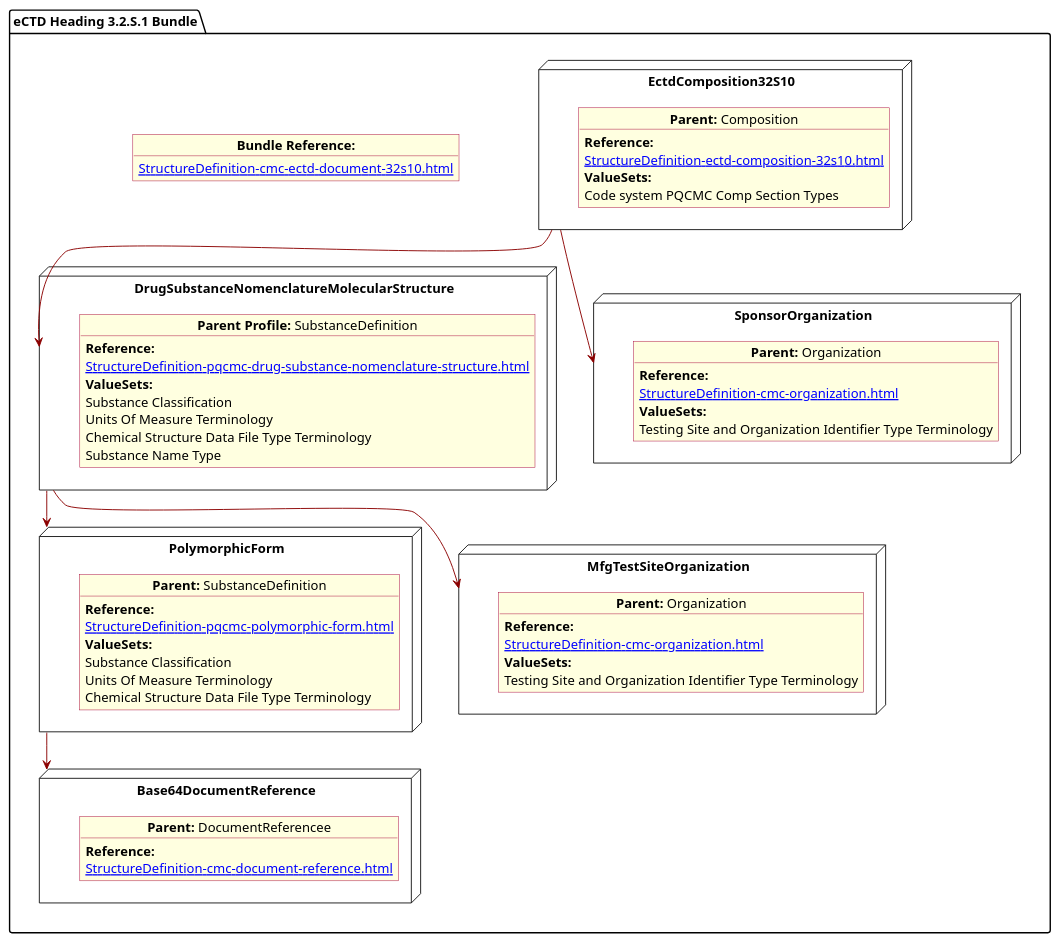
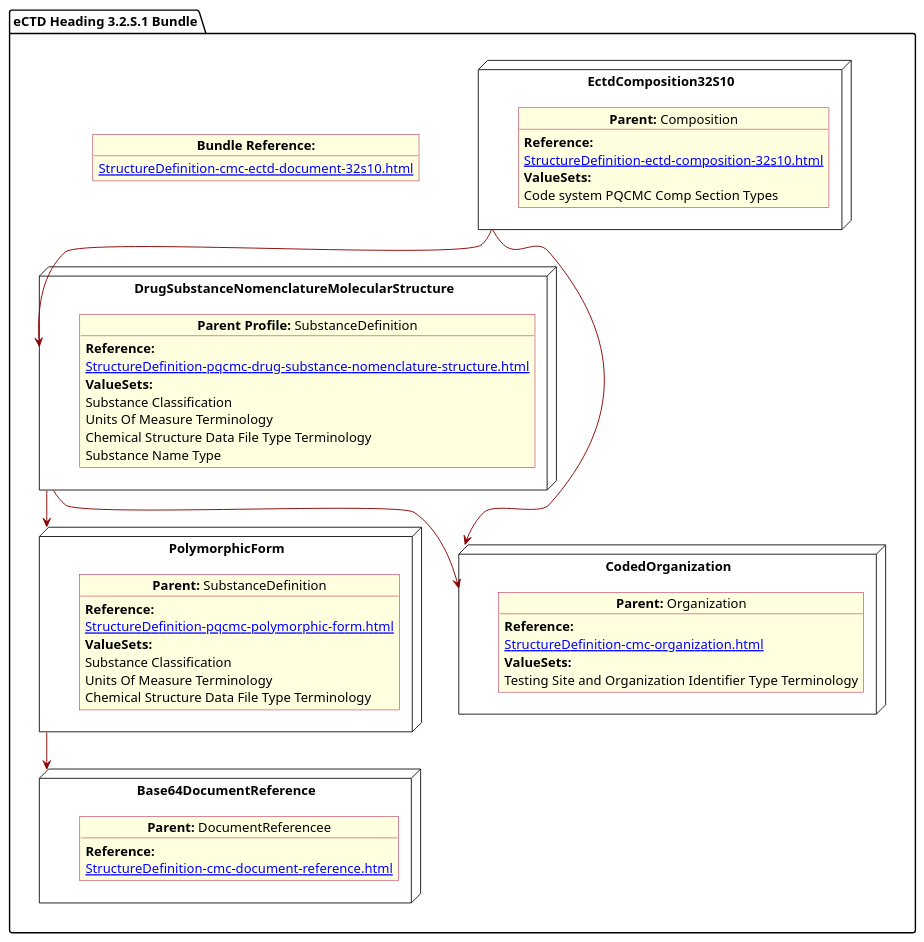
Before and after one commit to HL7/FHIR-us-pq-cmc-fda: the diagram in input/images-source/SubstanceGeneral.plantuml, drawn with PlantUML. The commit also changed 33 other files, not shown here.

```diff
--- a/input/images-source/SubstanceGeneral.plantuml
+++ b/input/images-source/SubstanceGeneral.plantuml
@@ -1,83 +1,74 @@
 @startuml SubstanceGeneral
 allowmixing
 'Mixed model of use case and object
 skinparam svgDimensionStyle false
 skinparam ObjectBackgroundColor LightYellow
 skinparam ObjectBorderColor #A80036
 skinparam activityDiamondBorderColor #A80036
 skinparam activityDiamondBackgroundColor lawnGreen
 skinparam ClassBorderThickness 4
 
 package "eCTD Heading 3.2.S.1 Bundle" as NODES {
   object "**Bundle Reference:**" as objbun {
     [[StructureDefinition-cmc-ectd-document-32s10.html]]
   }
 
   node "DrugSubstanceNomenclatureMolecularStructure" as NN {
 
     object "**Parent Profile:** SubstanceDefinition" as obj3 {
       **Reference:**
       [[StructureDefinition-pqcmc-drug-substance-nomenclature-structure.html]]
       **ValueSets:**
       Substance Classification
       Units Of Measure Terminology
       Chemical Structure Data File Type Terminology
       Substance Name Type
     }
   }
 
   node "Base64DocumentReference" as NB64 {
 
     object "**Parent:** DocumentReferencee"  as obj64 {
       **Reference:**
       [[StructureDefinition-cmc-document-reference.html]]
     }
   }
   node "EctdComposition32S10" as N1 {
 
     object "**Parent:** Composition" as obj1 {
       **Reference:**
       [[StructureDefinition-ectd-composition-32s10.html]]
       **ValueSets:**
       Code system PQCMC Comp Section Types
     }
 
   }
   node "PolymorphicForm" as N2 {
 
     object "**Parent:** SubstanceDefinition" as obj2 {
       **Reference:**
       [[StructureDefinition-pqcmc-polymorphic-form.html]]
       **ValueSets:**
       Substance Classification
       Units Of Measure Terminology
       Chemical Structure Data File Type Terminology
     }
   }
-  node "SponsorOrganization" as NSO {
+  node "CodedOrganization" as NSO {
 
     object "**Parent:** Organization" as objAu {
       **Reference:**
       [[StructureDefinition-cmc-organization.html]]
       **ValueSets:**   
       Testing Site and Organization Identifier Type Terminology
     }
   }
 
-  node "MfgTestSiteOrganization" as N21mfg {
-
-    object "**Parent:** Organization" as objTS  {
-      **Reference:**
-      [[StructureDefinition-cmc-organization.html]]
-      **ValueSets:**
-      Testing Site and Organization Identifier Type Terminology
-    }
-  }
-
+ 
   N1 -[#darkred]-> NN
   NN -[#darkred]-> N2
   N2 -[#darkred]-> NB64
   N1 -[#darkred]-> NSO
-  NN -[#darkred]-> N21mfg
+  NN -[#darkred]-> NSO
 }
 @enduml
```
